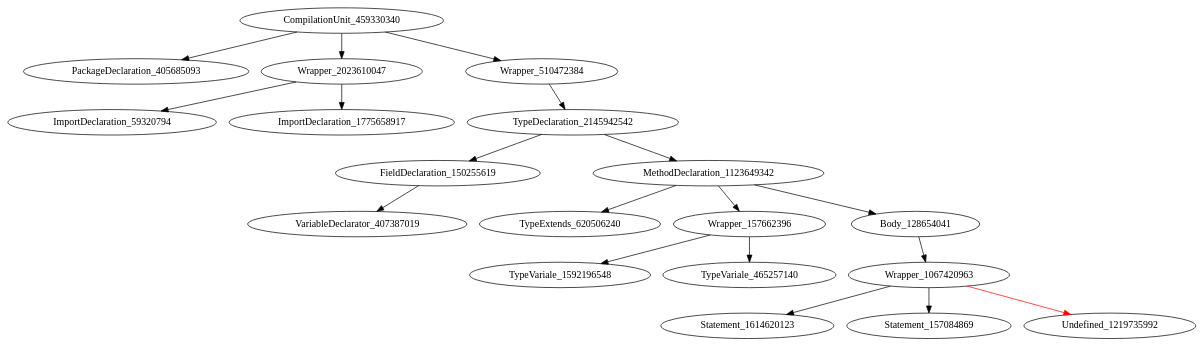
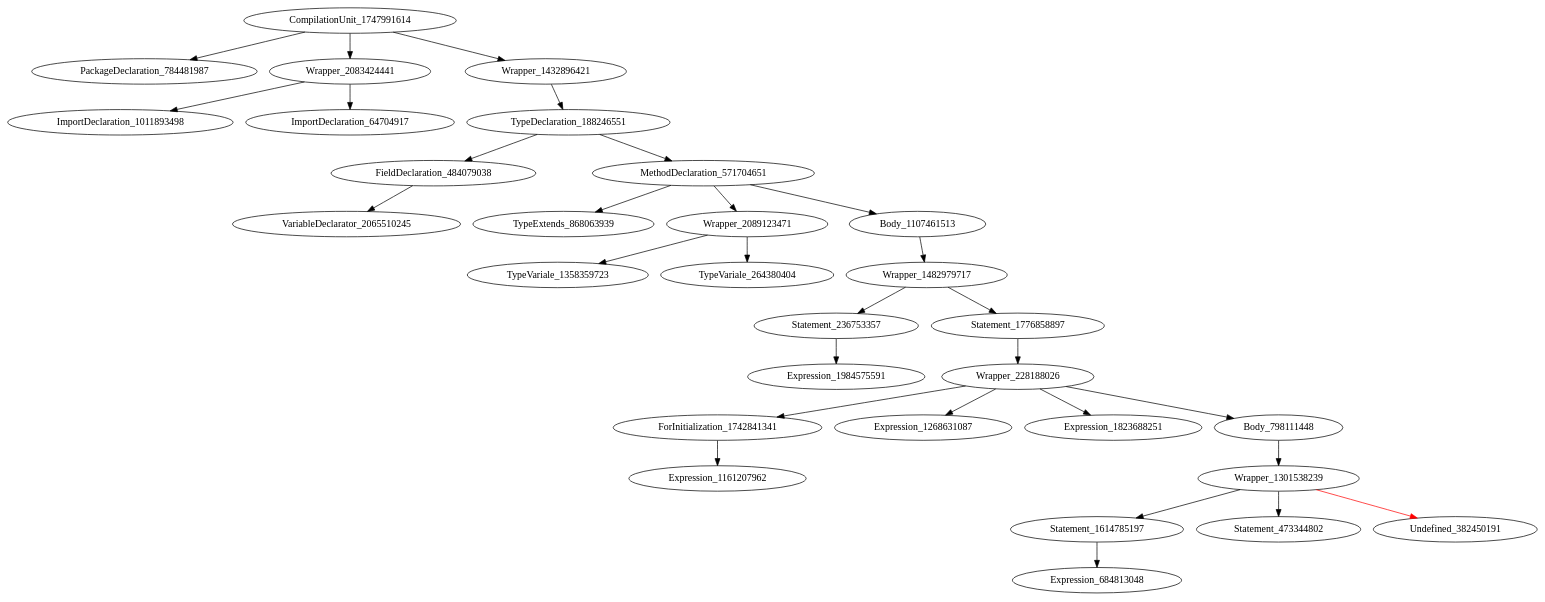
One commit to icse2023material/VoiceJava changed the diagram in holeAST.dot. Above: the diagram before and after it, drawn with Graphviz. The commit also changed 7 other files, not shown here.

```diff
--- a/holeAST.dot
+++ b/holeAST.dot
@@ -1,20 +1,31 @@
 digraph {
-CompilationUnit_459330340 -> PackageDeclaration_405685093
-CompilationUnit_459330340 -> Wrapper_2023610047
-CompilationUnit_459330340 -> Wrapper_510472384
-Wrapper_2023610047 -> ImportDeclaration_59320794
-Wrapper_2023610047 -> ImportDeclaration_1775658917
-Wrapper_510472384 -> TypeDeclaration_2145942542
-TypeDeclaration_2145942542 -> FieldDeclaration_150255619
-TypeDeclaration_2145942542 -> MethodDeclaration_1123649342
-FieldDeclaration_150255619 -> VariableDeclarator_407387019
-MethodDeclaration_1123649342 -> TypeExtends_620506240
-MethodDeclaration_1123649342 -> Wrapper_157662396
-MethodDeclaration_1123649342 -> Body_128654041
-Wrapper_157662396 -> TypeVariale_1592196548
-Wrapper_157662396 -> TypeVariale_465257140
-Body_128654041 -> Wrapper_1067420963
-Wrapper_1067420963 -> Statement_1614620123
-Wrapper_1067420963 -> Statement_157084869
-Wrapper_1067420963 -> Undefined_1219735992 [color = red] 
+CompilationUnit_1747991614 -> PackageDeclaration_784481987
+CompilationUnit_1747991614 -> Wrapper_2083424441
+CompilationUnit_1747991614 -> Wrapper_1432896421
+Wrapper_2083424441 -> ImportDeclaration_1011893498
+Wrapper_2083424441 -> ImportDeclaration_64704917
+Wrapper_1432896421 -> TypeDeclaration_188246551
+TypeDeclaration_188246551 -> FieldDeclaration_484079038
+TypeDeclaration_188246551 -> MethodDeclaration_571704651
+FieldDeclaration_484079038 -> VariableDeclarator_2065510245
+MethodDeclaration_571704651 -> TypeExtends_868063939
+MethodDeclaration_571704651 -> Wrapper_2089123471
+MethodDeclaration_571704651 -> Body_1107461513
+Wrapper_2089123471 -> TypeVariale_1358359723
+Wrapper_2089123471 -> TypeVariale_264380404
+Body_1107461513 -> Wrapper_1482979717
+Wrapper_1482979717 -> Statement_236753357
+Wrapper_1482979717 -> Statement_1776858897
+Statement_236753357 -> Expression_1984575591
+Statement_1776858897 -> Wrapper_228188026
+Wrapper_228188026 -> ForInitialization_1742841341
+Wrapper_228188026 -> Expression_1268631087
+Wrapper_228188026 -> Expression_1823688251
+Wrapper_228188026 -> Body_798111448
+ForInitialization_1742841341 -> Expression_1161207962
+Body_798111448 -> Wrapper_1301538239
+Wrapper_1301538239 -> Statement_1614785197
+Wrapper_1301538239 -> Statement_473344802
+Wrapper_1301538239 -> Undefined_382450191 [color = red] 
+Statement_1614785197 -> Expression_684813048
 }
```
